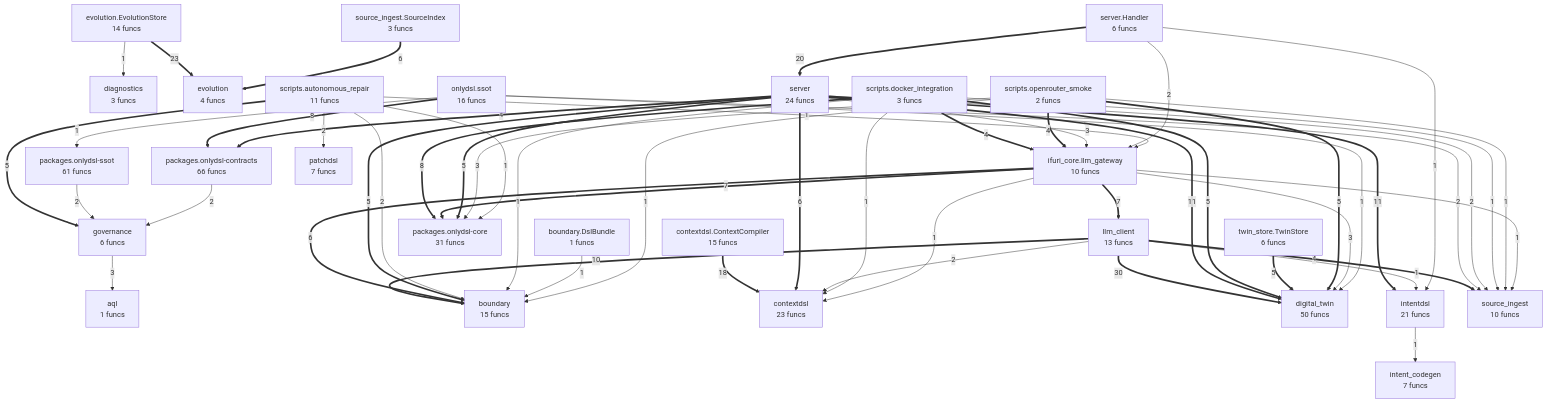
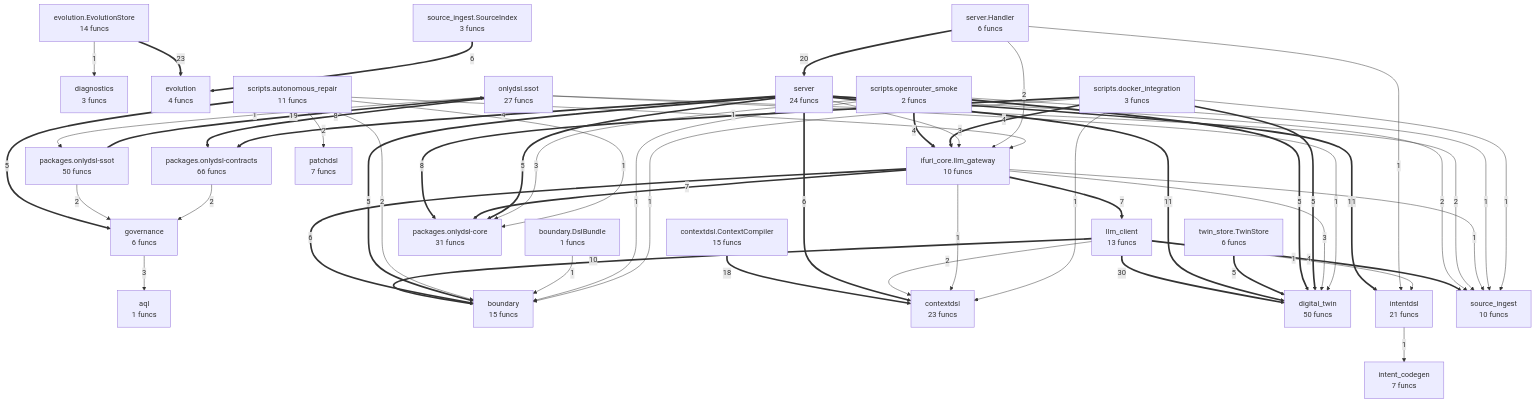
The diagram in project/compact_flow.mmd (tom-sapletta-com/onlyDSL), drawn with Mermaid before and after one commit. The commit also changed 20 other files, not shown here.

```diff
--- a/project/compact_flow.mmd
+++ b/project/compact_flow.mmd
@@ -1,81 +1,82 @@
 flowchart TD
-%% generated in 0.02s
+%% generated in 0.04s
     aql["aql<br/>1 funcs"]
     boundary["boundary<br/>15 funcs"]
     boundary__DslBundle["boundary.DslBundle<br/>1 funcs"]
     contextdsl["contextdsl<br/>23 funcs"]
     contextdsl__ContextCompiler["contextdsl.ContextCompiler<br/>15 funcs"]
     diagnostics["diagnostics<br/>3 funcs"]
     digital_twin["digital_twin<br/>50 funcs"]
     evolution["evolution<br/>4 funcs"]
     evolution__EvolutionStore["evolution.EvolutionStore<br/>14 funcs"]
     governance["governance<br/>6 funcs"]
     ifuri_core__llm_gateway["ifuri_core.llm_gateway<br/>10 funcs"]
     intent_codegen["intent_codegen<br/>7 funcs"]
     intentdsl["intentdsl<br/>21 funcs"]
     llm_client["llm_client<br/>13 funcs"]
-    onlydsl__ssot["onlydsl.ssot<br/>16 funcs"]
+    onlydsl__ssot["onlydsl.ssot<br/>27 funcs"]
     packages__onlydsl_contracts["packages.onlydsl-contracts<br/>66 funcs"]
     packages__onlydsl_core["packages.onlydsl-core<br/>31 funcs"]
-    packages__onlydsl_ssot["packages.onlydsl-ssot<br/>61 funcs"]
+    packages__onlydsl_ssot["packages.onlydsl-ssot<br/>50 funcs"]
     patchdsl["patchdsl<br/>7 funcs"]
     scripts__autonomous_repair["scripts.autonomous_repair<br/>11 funcs"]
     scripts__docker_integration["scripts.docker_integration<br/>3 funcs"]
     scripts__openrouter_smoke["scripts.openrouter_smoke<br/>2 funcs"]
     server["server<br/>24 funcs"]
     server__Handler["server.Handler<br/>6 funcs"]
     source_ingest["source_ingest<br/>10 funcs"]
     source_ingest__SourceIndex["source_ingest.SourceIndex<br/>3 funcs"]
     twin_store__TwinStore["twin_store.TwinStore<br/>6 funcs"]
     llm_client ==>|30| digital_twin
     evolution__EvolutionStore ==>|23| evolution
     server__Handler ==>|20| server
+    packages__onlydsl_ssot ==>|19| onlydsl__ssot
     contextdsl__ContextCompiler ==>|18| contextdsl
     server ==>|11| intentdsl
     server ==>|11| digital_twin
     llm_client ==>|10| boundary
+    onlydsl__ssot ==>|8| packages__onlydsl_contracts
     scripts__docker_integration ==>|8| packages__onlydsl_core
-    onlydsl__ssot ==>|8| packages__onlydsl_contracts
     ifuri_core__llm_gateway ==>|7| packages__onlydsl_core
     ifuri_core__llm_gateway ==>|7| llm_client
     server ==>|6| contextdsl
     source_ingest__SourceIndex ==>|6| evolution
     ifuri_core__llm_gateway ==>|6| boundary
-    scripts__docker_integration ==>|5| digital_twin
-    twin_store__TwinStore ==>|5| digital_twin
-    scripts__autonomous_repair ==>|5| governance
-    scripts__openrouter_smoke ==>|5| digital_twin
     server ==>|5| packages__onlydsl_core
     server ==>|5| boundary
+    twin_store__TwinStore ==>|5| digital_twin
+    scripts__openrouter_smoke ==>|5| digital_twin
+    scripts__docker_integration ==>|5| digital_twin
+    scripts__autonomous_repair ==>|5| governance
+    server ==>|4| packages__onlydsl_contracts
+    llm_client ==>|4| source_ingest
+    scripts__openrouter_smoke ==>|4| ifuri_core__llm_gateway
     scripts__docker_integration ==>|4| ifuri_core__llm_gateway
-    scripts__openrouter_smoke ==>|4| ifuri_core__llm_gateway
-    llm_client ==>|4| source_ingest
-    server ==>|4| packages__onlydsl_contracts
+    server -->|3| ifuri_core__llm_gateway
     governance -->|3| aql
+    ifuri_core__llm_gateway -->|3| digital_twin
     scripts__openrouter_smoke -->|3| packages__onlydsl_core
-    server -->|3| ifuri_core__llm_gateway
-    ifuri_core__llm_gateway -->|3| digital_twin
+    server -->|2| source_ingest
+    server__Handler -->|2| ifuri_core__llm_gateway
+    llm_client -->|2| contextdsl
     packages__onlydsl_ssot -->|2| governance
+    packages__onlydsl_contracts -->|2| governance
+    onlydsl__ssot -->|2| source_ingest
     scripts__autonomous_repair -->|2| boundary
     scripts__autonomous_repair -->|2| patchdsl
-    packages__onlydsl_contracts -->|2| governance
-    llm_client -->|2| contextdsl
-    onlydsl__ssot -->|2| source_ingest
-    server -->|2| source_ingest
-    server__Handler -->|2| ifuri_core__llm_gateway
     evolution__EvolutionStore -->|1| diagnostics
+    server__Handler -->|1| intentdsl
+    llm_client -->|1| intentdsl
+    intentdsl -->|1| intent_codegen
+    boundary__DslBundle -->|1| boundary
+    ifuri_core__llm_gateway -->|1| contextdsl
+    ifuri_core__llm_gateway -->|1| source_ingest
+    onlydsl__ssot -->|1| digital_twin
+    onlydsl__ssot -->|1| packages__onlydsl_ssot
+    scripts__openrouter_smoke -->|1| source_ingest
+    scripts__openrouter_smoke -->|1| boundary
     scripts__docker_integration -->|1| boundary
     scripts__docker_integration -->|1| contextdsl
     scripts__docker_integration -->|1| source_ingest
     scripts__autonomous_repair -->|1| ifuri_core__llm_gateway
     scripts__autonomous_repair -->|1| packages__onlydsl_core
-    boundary__DslBundle -->|1| boundary
-    scripts__openrouter_smoke -->|1| source_ingest
-    scripts__openrouter_smoke -->|1| boundary
-    llm_client -->|1| intentdsl
-    onlydsl__ssot -->|1| digital_twin
-    onlydsl__ssot -->|1| packages__onlydsl_ssot
-    server__Handler -->|1| intentdsl
-    intentdsl -->|1| intent_codegen
-    ifuri_core__llm_gateway -->|1| contextdsl
-    ifuri_core__llm_gateway -->|1| source_ingest
```
